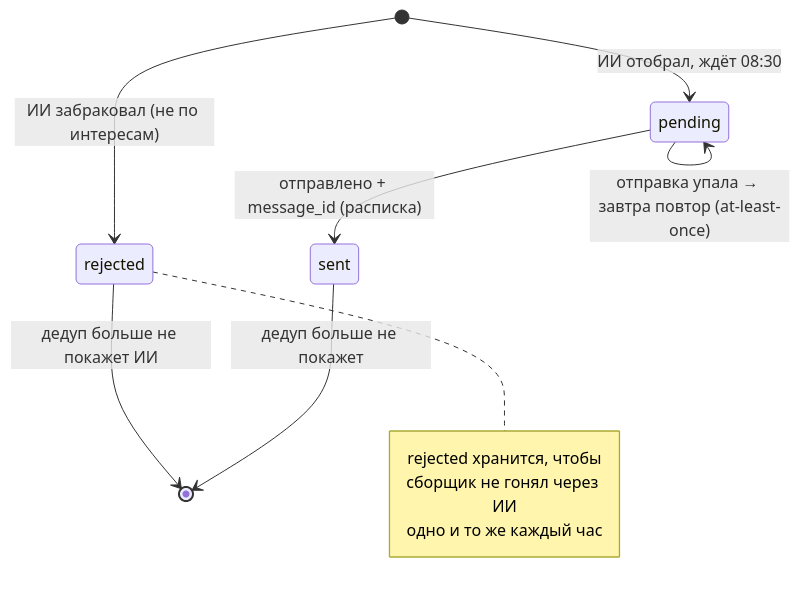
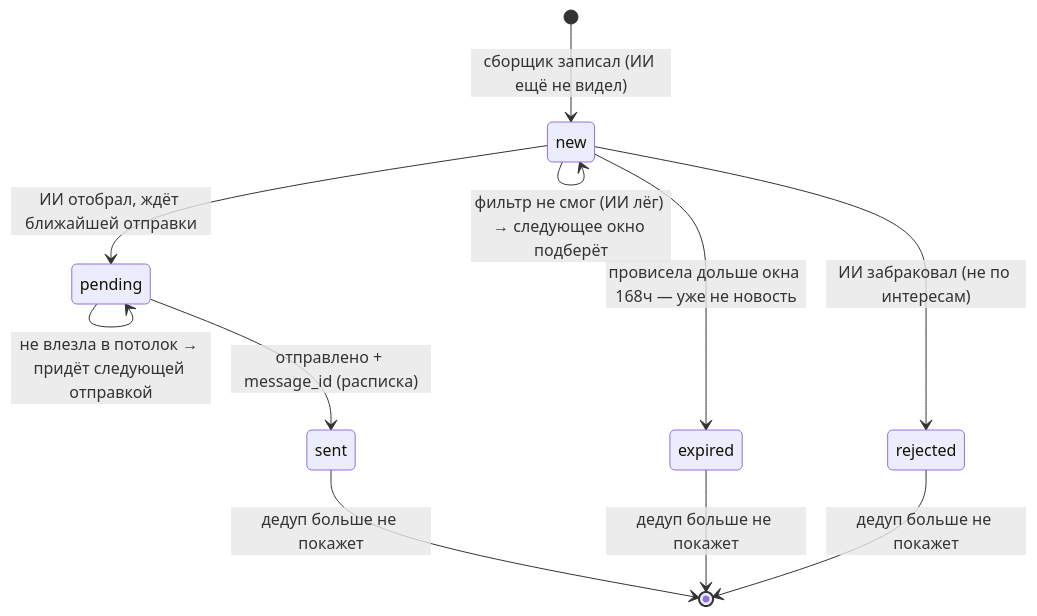
Before and after one commit to vladburba/svc-digest: the second of 2 diagrams in СХЕМА.md, drawn with Mermaid. The commit also changed other lines of this file and 7 other files, not shown here.

````diff
--- a/СХЕМА.md
+++ b/СХЕМА.md
@@ -43,14 +57,13 @@
 ```mermaid
 stateDiagram-v2
-    [*] --> rejected: ИИ забраковал (не по интересам)
-    [*] --> pending: ИИ отобрал, ждёт 08:30
+    [*] --> new: сборщик записал (ИИ ещё не видел)
+    new --> pending: ИИ отобрал, ждёт ближайшей отправки
+    new --> rejected: ИИ забраковал (не по интересам)
+    new --> expired: провисела дольше окна 168ч — уже не новость
+    new --> new: фильтр не смог (ИИ лёг) → следующее окно подберёт
     pending --> sent: отправлено + message_id (расписка)
-    pending --> pending: отправка упала → завтра повтор (at-least-once)
-    rejected --> [*]: дедуп больше не покажет ИИ
+    pending --> pending: не влезла в потолок → придёт следующей отправкой
+    rejected --> [*]: дедуп больше не покажет
+    expired --> [*]: дедуп больше не покажет
     sent --> [*]: дедуп больше не покажет
-    note right of rejected
-        rejected хранится, чтобы
-        сборщик не гонял через ИИ
-        одно и то же каждый час
-    end note
 ```
````
